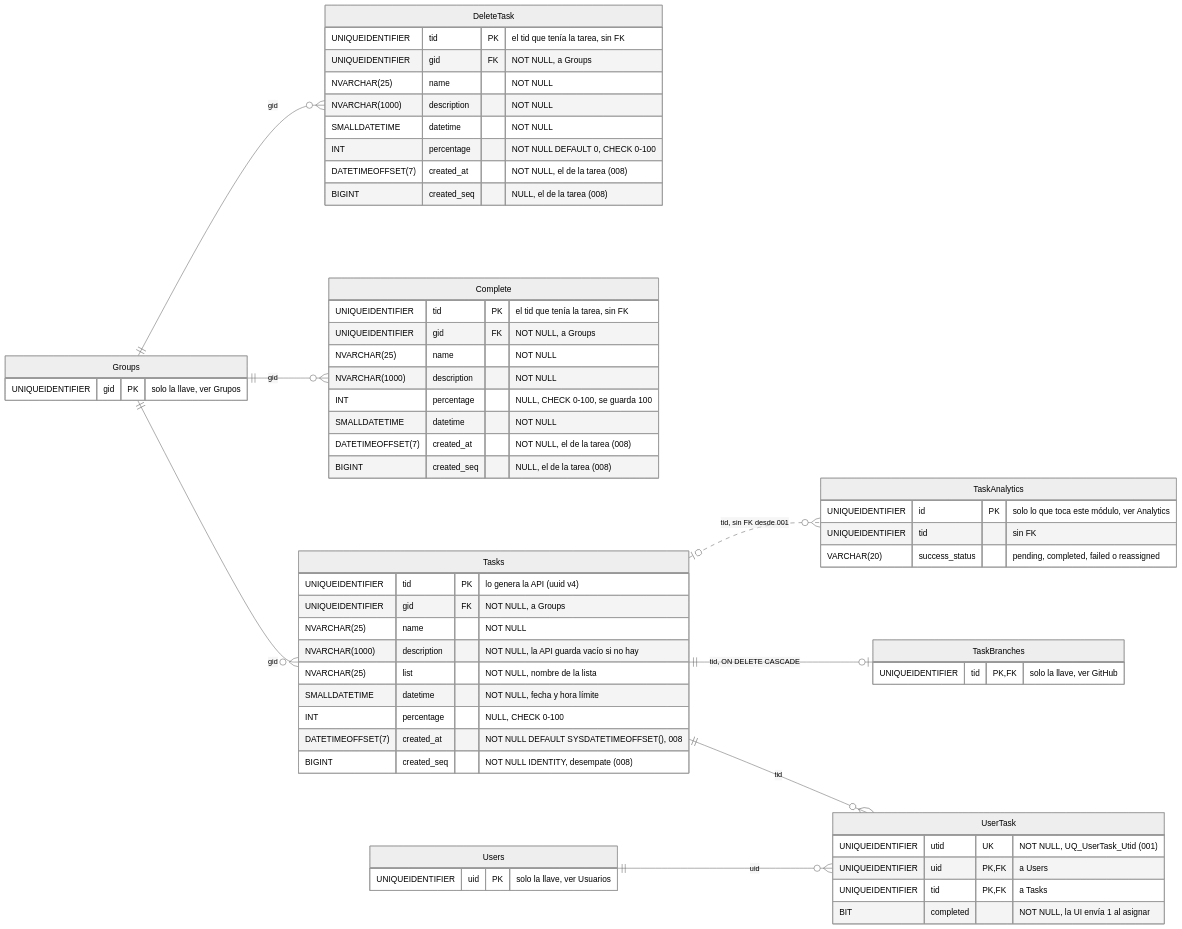
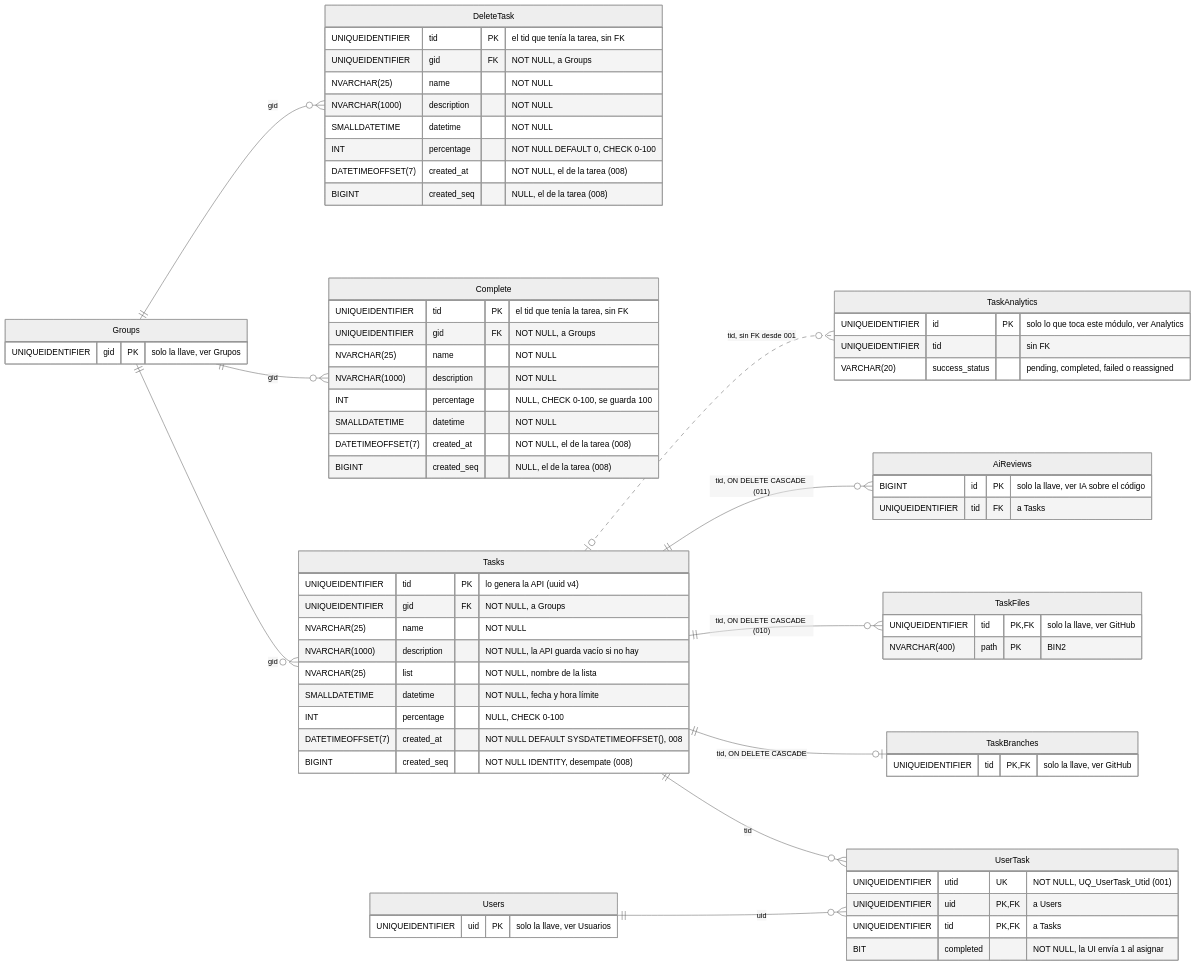
One commit to PabloP150/proyecto-is-cc6 changed the diagram in documentacion/03-base-de-datos/03-tareas.md. Above: the diagram before and after it, drawn with Mermaid (neutral theme). The commit also changed other lines of this file and 204 other files, not shown here.

First line of the commit message:
docs: update all documentation, diagrams and PNGs to the test/e2e state

````diff
--- a/documentacion/03-base-de-datos/03-tareas.md
+++ b/documentacion/03-base-de-datos/03-tareas.md
@@ -5,63 +5,73 @@
 ```mermaid
 erDiagram
     direction LR
     Groups ||--o{ Tasks : "gid"
     Groups ||--o{ Complete : "gid"
     Groups ||--o{ DeleteTask : "gid"
     Tasks ||--o{ UserTask : "tid"
     Users ||--o{ UserTask : "uid"
     Tasks ||--o| TaskBranches : "tid, ON DELETE CASCADE"
+    Tasks ||--o{ TaskFiles : "tid, ON DELETE CASCADE (010)"
+    Tasks ||--o{ AiReviews : "tid, ON DELETE CASCADE (011)"
     Tasks |o..o{ TaskAnalytics : "tid, sin FK desde 001"
 
     Groups {
         UNIQUEIDENTIFIER gid PK "solo la llave, ver Grupos"
     }
     Users {
         UNIQUEIDENTIFIER uid PK "solo la llave, ver Usuarios"
     }
     Tasks {
         UNIQUEIDENTIFIER tid PK "lo genera la API (uuid v4)"
         UNIQUEIDENTIFIER gid FK "NOT NULL, a Groups"
         NVARCHAR(25) name "NOT NULL"
         NVARCHAR(1000) description "NOT NULL, la API guarda vacío si no hay"
         NVARCHAR(25) list "NOT NULL, nombre de la lista"
         SMALLDATETIME datetime "NOT NULL, fecha y hora límite"
         INT percentage "NULL, CHECK 0-100"
         DATETIMEOFFSET(7) created_at "NOT NULL DEFAULT SYSDATETIMEOFFSET(), 008"
         BIGINT created_seq "NOT NULL IDENTITY, desempate (008)"
     }
     UserTask {
         UNIQUEIDENTIFIER utid UK "NOT NULL, UQ_UserTask_Utid (001)"
         UNIQUEIDENTIFIER uid PK, FK "a Users"
         UNIQUEIDENTIFIER tid PK, FK "a Tasks"
         BIT completed "NOT NULL, la UI envía 1 al asignar"
     }
     Complete {
         UNIQUEIDENTIFIER tid PK "el tid que tenía la tarea, sin FK"
         UNIQUEIDENTIFIER gid FK "NOT NULL, a Groups"
         NVARCHAR(25) name "NOT NULL"
         NVARCHAR(1000) description "NOT NULL"
         INT percentage "NULL, CHECK 0-100, se guarda 100"
         SMALLDATETIME datetime "NOT NULL"
         DATETIMEOFFSET(7) created_at "NOT NULL, el de la tarea (008)"
         BIGINT created_seq "NULL, el de la tarea (008)"
     }
     DeleteTask {
         UNIQUEIDENTIFIER tid PK "el tid que tenía la tarea, sin FK"
         UNIQUEIDENTIFIER gid FK "NOT NULL, a Groups"
         NVARCHAR(25) name "NOT NULL"
         NVARCHAR(1000) description "NOT NULL"
         SMALLDATETIME datetime "NOT NULL"
         INT percentage "NOT NULL DEFAULT 0, CHECK 0-100"
         DATETIMEOFFSET(7) created_at "NOT NULL, el de la tarea (008)"
         BIGINT created_seq "NULL, el de la tarea (008)"
     }
     TaskBranches {
         UNIQUEIDENTIFIER tid PK, FK "solo la llave, ver GitHub"
     }
+    TaskFiles {
+        UNIQUEIDENTIFIER tid PK, FK "solo la llave, ver GitHub"
+        NVARCHAR(400) path PK "BIN2"
+    }
+    AiReviews {
+        BIGINT id PK "solo la llave, ver IA sobre el código"
+        UNIQUEIDENTIFIER tid FK "a Tasks"
+    }
     TaskAnalytics {
         UNIQUEIDENTIFIER id PK "solo lo que toca este módulo, ver Analytics"
         UNIQUEIDENTIFIER tid "sin FK"
         VARCHAR(20) success_status "pending, completed, failed o reassigned"
     }
 ```
````
